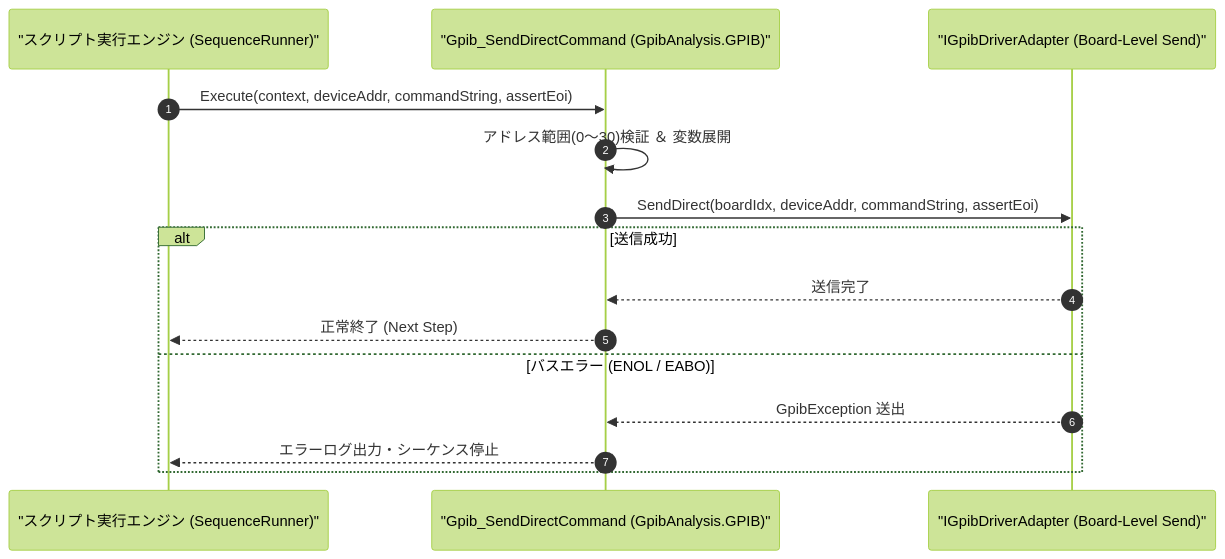
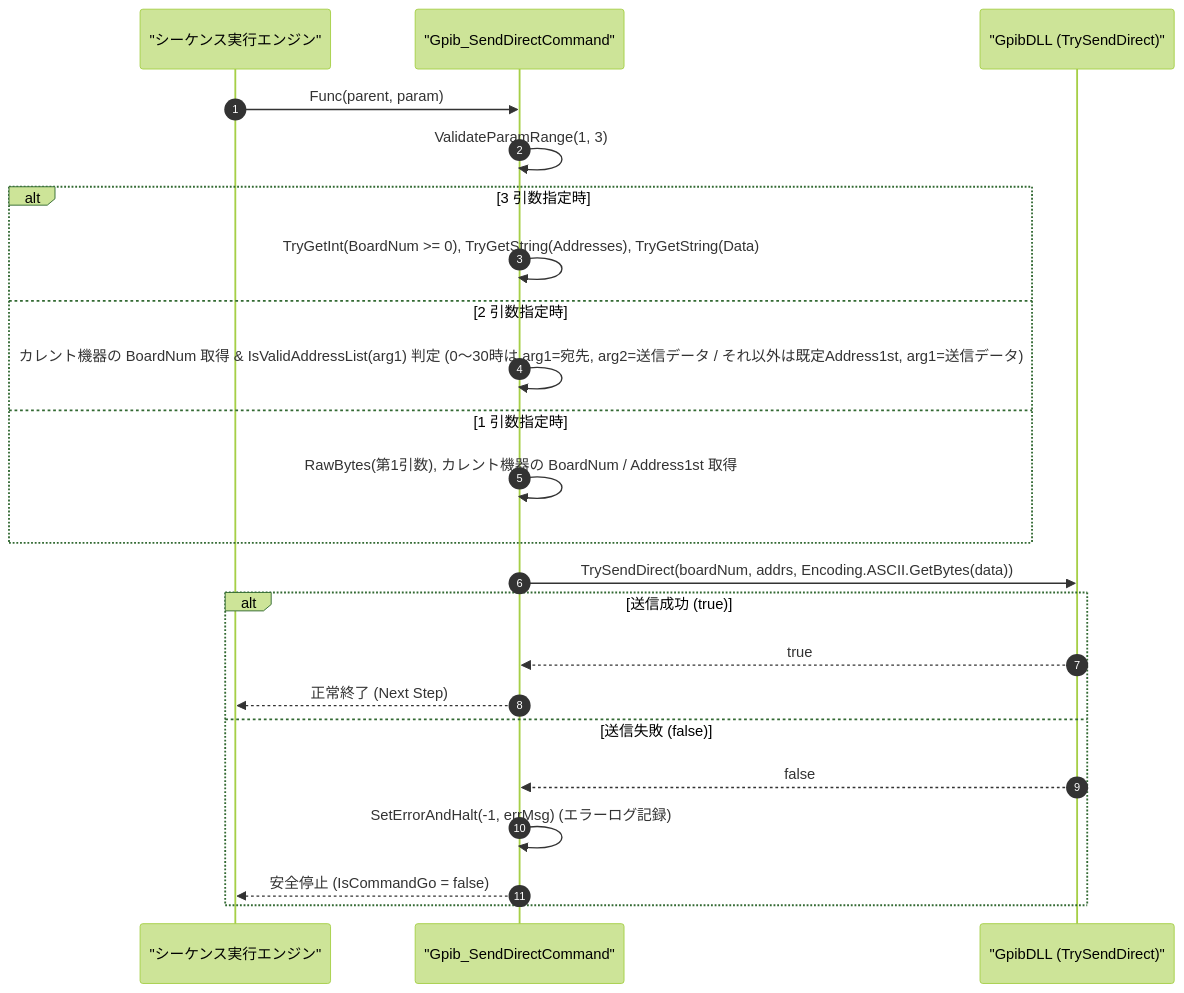
Before and after one commit to Monaca-App/GpibAddIn: the diagram in Manual/GPIB/Gpib_SendDirect.Md, drawn with Mermaid (forest theme). The commit also changed other lines of this file and 32 other files, not shown here.

````diff
--- a/Manual/GPIB/Gpib_SendDirect.Md
+++ b/Manual/GPIB/Gpib_SendDirect.Md
@@ -66,18 +90,26 @@
 ```mermaid
 sequenceDiagram
     autonumber
-    participant Script as "スクリプト実行エンジン (SequenceRunner)"
-    participant Cmd as "Gpib_SendDirectCommand (GpibAnalysis.GPIB)"
-    participant Drv as "IGpibDriverAdapter (Board-Level Send)"
+    participant Script as "シーケンス実行エンジン"
+    participant Cmd as "Gpib_SendDirectCommand"
+    participant Dll as "GpibDLL (TrySendDirect)"
 
-    Script->>Cmd: Execute(context, deviceAddr, commandString, assertEoi)
-    Cmd->>Cmd: アドレス範囲(0〜30)検証 ＆ 変数展開
-    Cmd->>Drv: SendDirect(boardIdx, deviceAddr, commandString, assertEoi)
-    alt 送信成功
-        Drv-->>Cmd: 送信完了
+    Script->>Cmd: Func(parent, param)
+    Cmd->>Cmd: ValidateParamRange(1, 3)
+    alt 3 引数指定時
+        Cmd->>Cmd: TryGetInt(BoardNum >= 0), TryGetString(Addresses), TryGetString(Data)
+    else 2 引数指定時
+        Cmd->>Cmd: カレント機器の BoardNum 取得 & IsValidAddressList(arg1) 判定 (0〜30時は arg1=宛先, arg2=送信データ / それ以外は既定Address1st, arg1=送信データ)
+    else 1 引数指定時
+        Cmd->>Cmd: RawBytes(第1引数), カレント機器の BoardNum / Address1st 取得
+    end
+    Cmd->>Dll: TrySendDirect(boardNum, addrs, Encoding.ASCII.GetBytes(data))
+    alt 送信成功 (true)
+        Dll-->>Cmd: true
         Cmd-->>Script: 正常終了 (Next Step)
-    else バスエラー (ENOL / EABO)
-        Drv-->>Cmd: GpibException 送出
-        Cmd-->>Script: エラーログ出力・シーケンス停止
+    else 送信失敗 (false)
+        Dll-->>Cmd: false
+        Cmd->>Cmd: SetErrorAndHalt(-1, errMsg) (エラーログ記録)
+        Cmd-->>Script: 安全停止 (IsCommandGo = false)
     end
 ```
````
